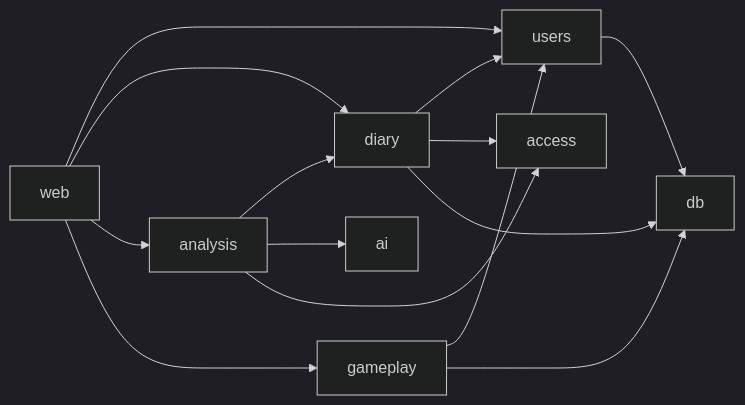
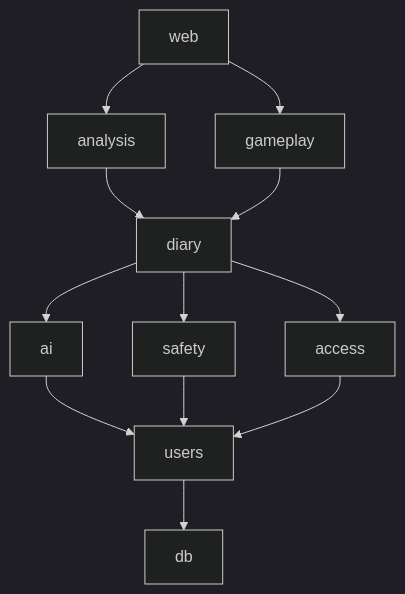
Before and after one commit to trx08053-ctrl/kognis: the diagram in docs/ARCHITECTURE.md, drawn with Mermaid (dark theme). The commit also changed other lines of this file and 25 other files, not shown here.

````diff
--- a/docs/ARCHITECTURE.md
+++ b/docs/ARCHITECTURE.md
@@ -28,16 +28,14 @@
 ```mermaid
-flowchart LR
-  web --> users
-  web --> diary
+flowchart TB
   web --> analysis
   web --> gameplay
-  diary --> users
+  analysis --> diary
+  gameplay --> diary
+  diary --> ai
+  diary --> safety
   diary --> access
-  analysis --> diary
-  analysis --> ai
-  analysis --> access
-  gameplay --> users
+  ai --> users
+  safety --> users
+  access --> users
   users --> db
-  diary --> db
-  gameplay --> db
 ```
````
